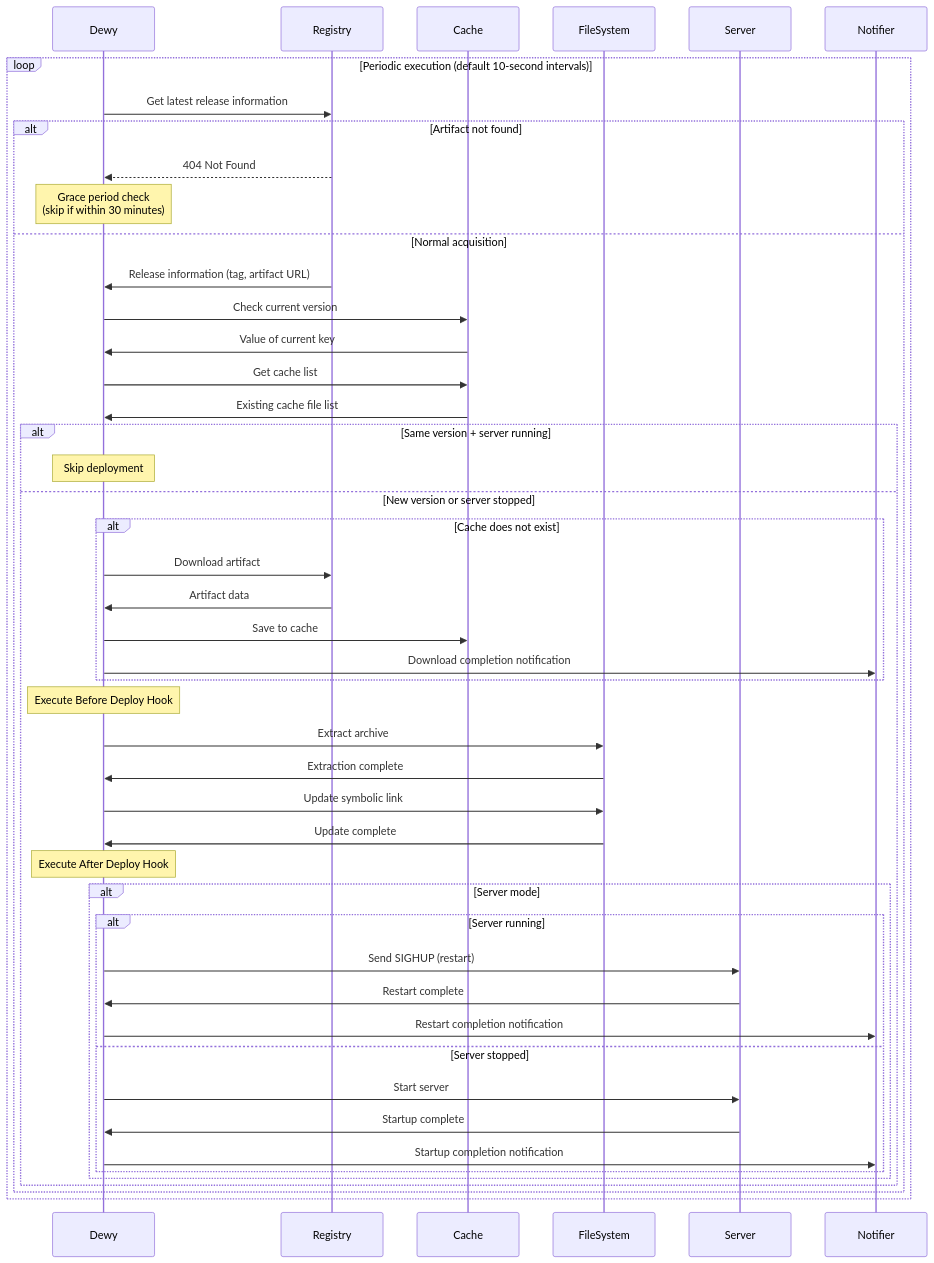
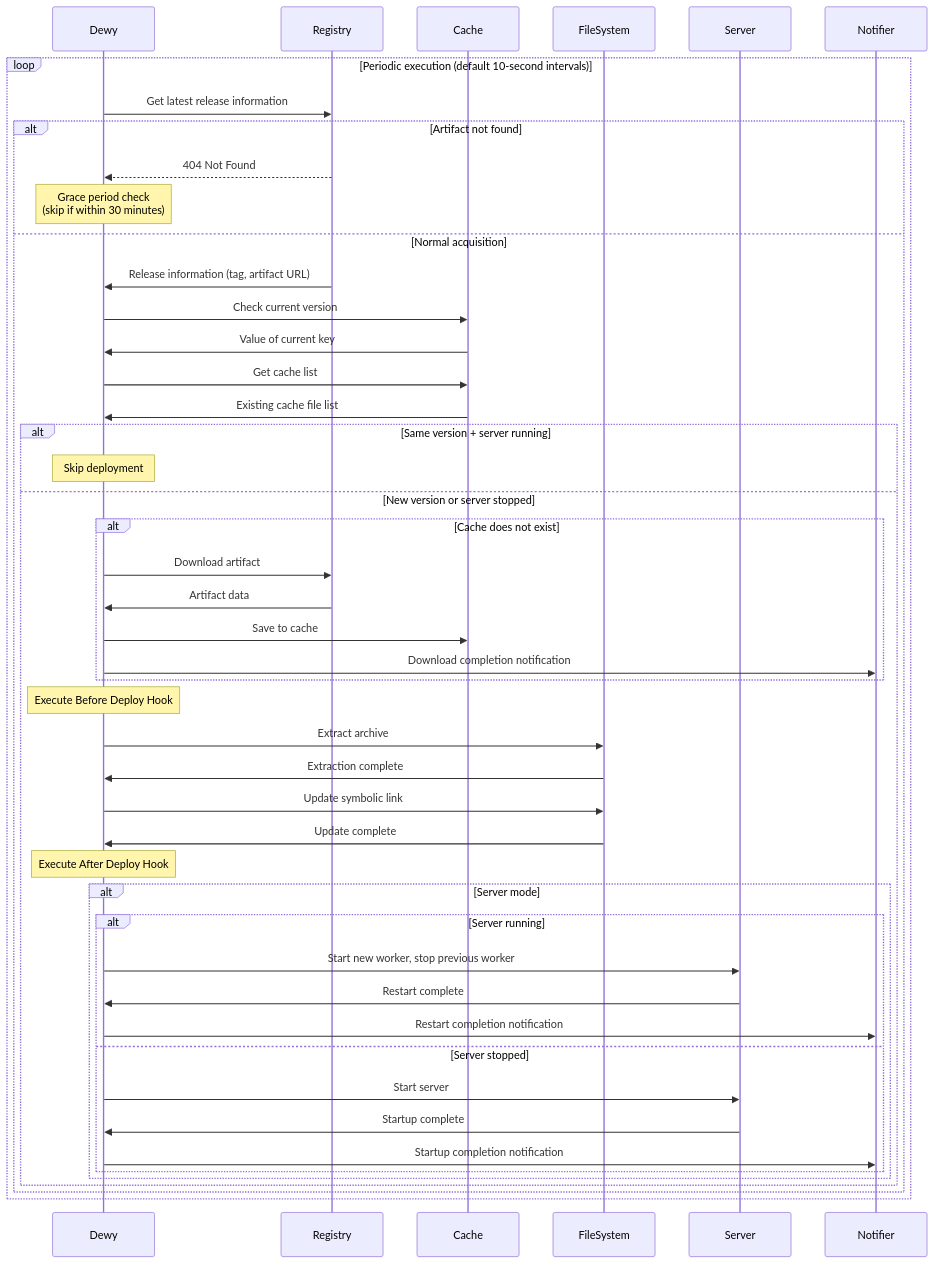
One commit to linyows/dewy changed the first of 6 diagrams in docs/pages/deployment-workflow.md. Above: the diagram before and after it, drawn with Mermaid. The commit also changed other lines of this file and 29 other files, not shown here.

````diff
--- a/docs/pages/deployment-workflow.md
+++ b/docs/pages/deployment-workflow.md
@@ -21,53 +21,53 @@
 ```mermaid
 sequenceDiagram
     participant D as Dewy
     participant R as Registry
     participant C as Cache
     participant F as FileSystem
     participant S as Server
     participant N as Notifier
 
     loop Periodic execution (default 10-second intervals)
         D->>R: Get latest release information
         alt Artifact not found
             R-->>D: 404 Not Found
             note over D: Grace period check<br/>(skip if within 30 minutes)
         else Normal acquisition
             R->>D: Release information (tag, artifact URL)
             D->>C: Check current version
             C->>D: Value of current key
             D->>C: Get cache list
             C->>D: Existing cache file list
 
             alt Same version + server running
                 note over D: Skip deployment
             else New version or server stopped
                 alt Cache does not exist
                     D->>R: Download artifact
                     R->>D: Artifact data
                     D->>C: Save to cache
                     D->>N: Download completion notification
                 end
 
                 note over D: Execute Before Deploy Hook
                 D->>F: Extract archive
                 F->>D: Extraction complete
                 D->>F: Update symbolic link
                 F->>D: Update complete
                 note over D: Execute After Deploy Hook
 
                 alt Server mode
                     alt Server running
-                        D->>S: Send SIGHUP (restart)
+                        D->>S: Start new worker, stop previous worker
                         S->>D: Restart complete
                         D->>N: Restart completion notification
                     else Server stopped
                         D->>S: Start server
                         S->>D: Startup complete
                         D->>N: Startup completion notification
                     end
                 end
             end
         end
     end
 ```
````
